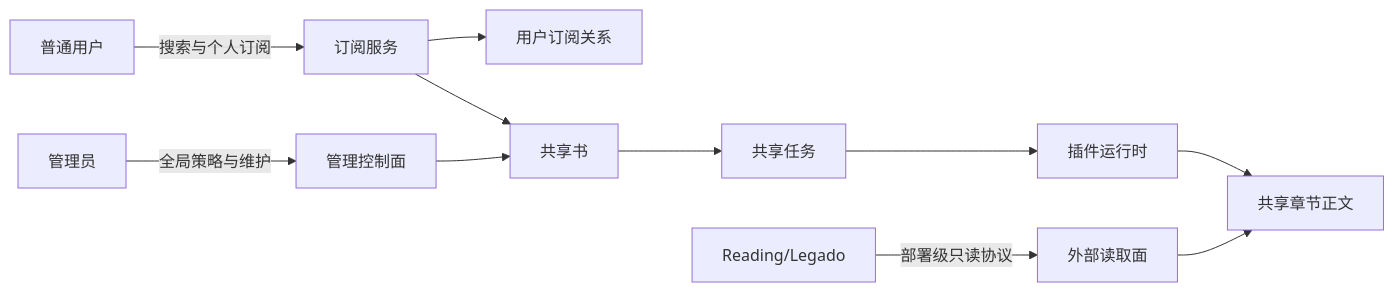
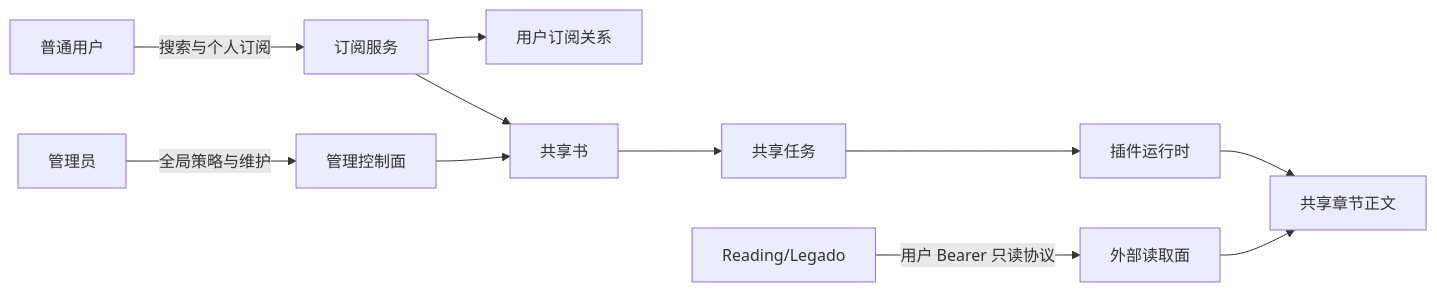
The diagram in docs/architecture/subscription-ownership-and-progress-control.zh-CN.md (XiangZheng2283/legado-hub), drawn with Mermaid before and after one commit. The commit also changed other lines of this file and 138 other files, not shown here.

````diff
--- a/docs/architecture/subscription-ownership-and-progress-control.zh-CN.md
+++ b/docs/architecture/subscription-ownership-and-progress-control.zh-CN.md
@@ -86,13 +86,13 @@
 ```mermaid
 flowchart LR
     U["普通用户"] -->|"搜索与个人订阅"| S["订阅服务"]
     A["管理员"] -->|"全局策略与维护"| C["管理控制面"]
-    L["Reading/Legado"] -->|"部署级只读协议"| E["外部读取面"]
+    L["Reading/Legado"] -->|"用户 Bearer 只读协议"| E["外部读取面"]
     S --> R["用户订阅关系"]
     S --> B["共享书"]
     C --> B
     B --> J["共享任务"]
     J --> P["插件运行时"]
     P --> F["共享章节正文"]
     E --> F
 ```
````
